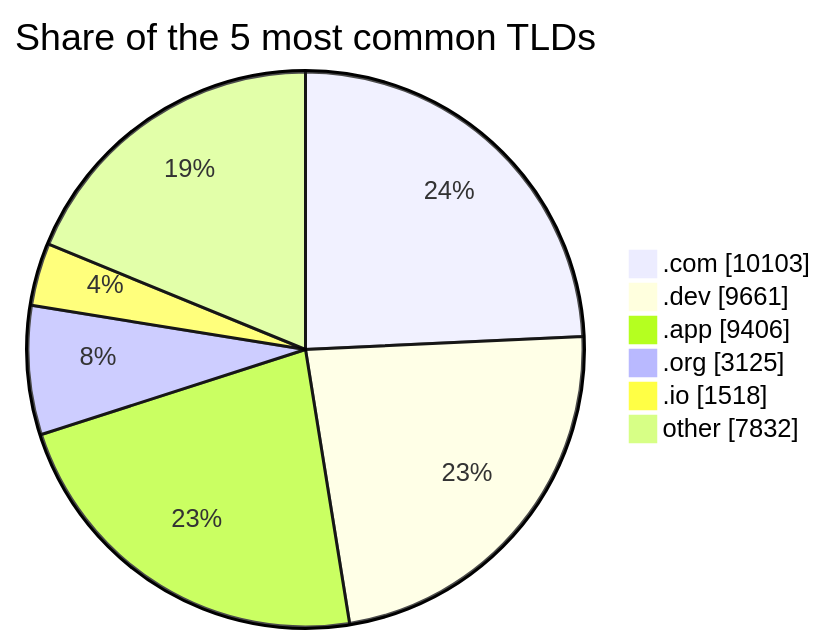
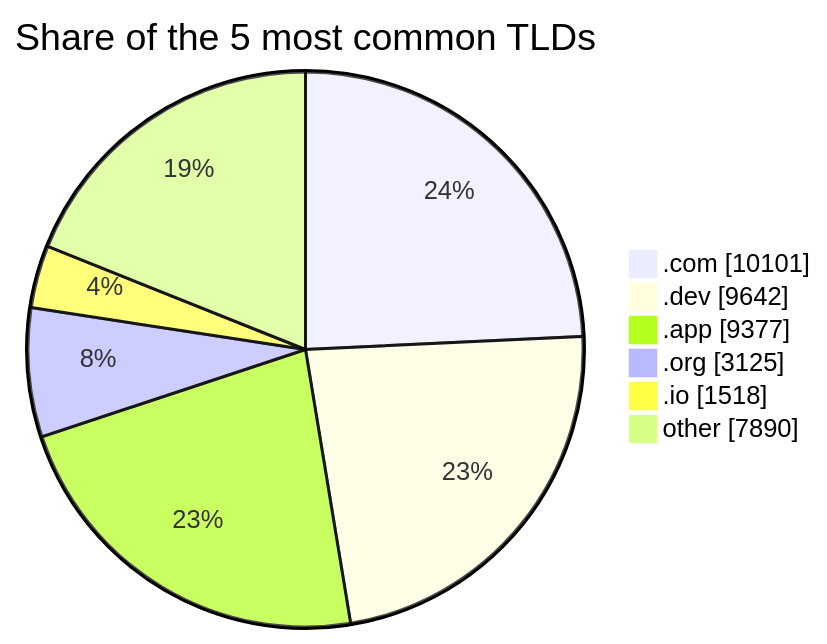
Before and after one commit to DNSBunker/CTI: the third of 3 diagrams in README.md, drawn with Mermaid. The commit also changed other lines of this file and 3 other files, not shown here.

````diff
--- a/README.md
+++ b/README.md
@@ -81,9 +81,9 @@
 ```mermaid
 pie showData title Share of the 5 most common TLDs
-    ".com" : 10103
-    ".dev" : 9661
-    ".app" : 9406
+    ".com" : 10101
+    ".dev" : 9642
+    ".app" : 9377
     ".org" : 3125
     ".io" : 1518
-    "other" : 7832
+    "other" : 7890
 ```
````
